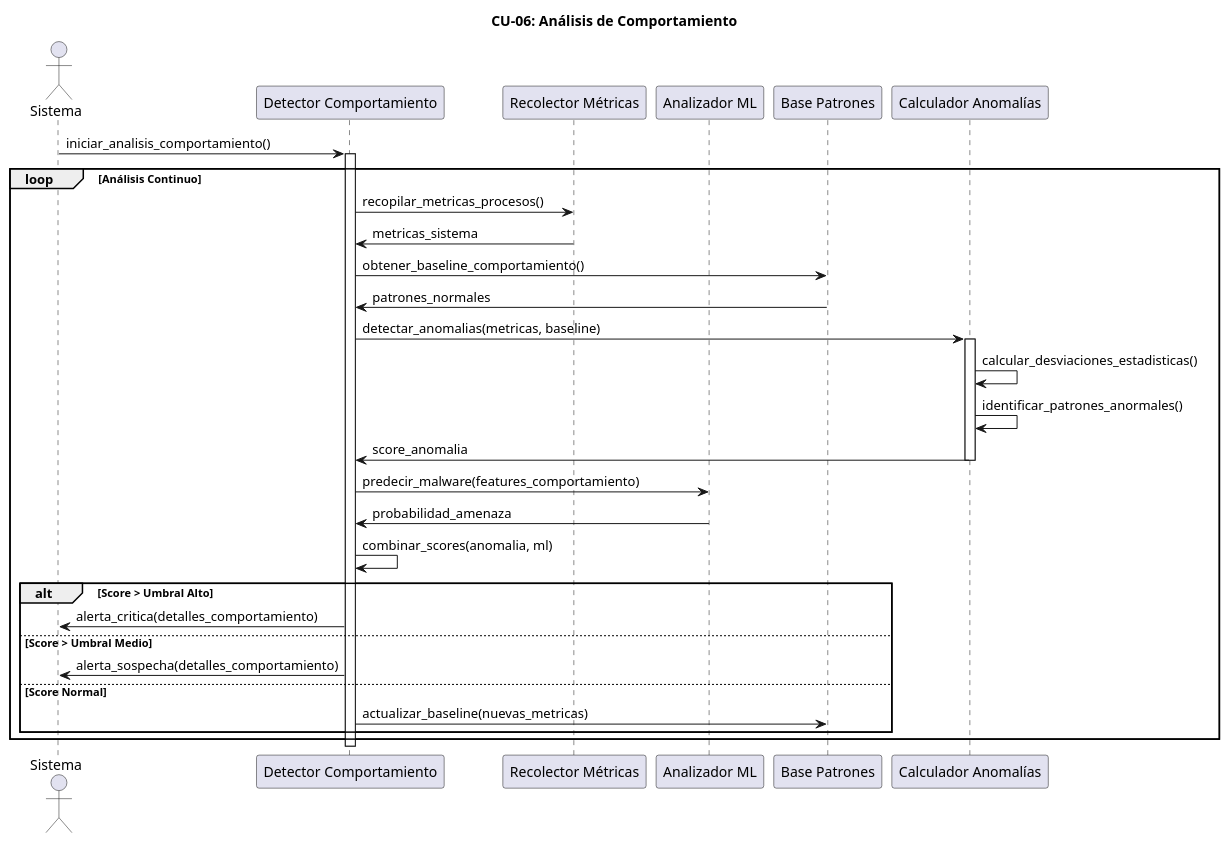
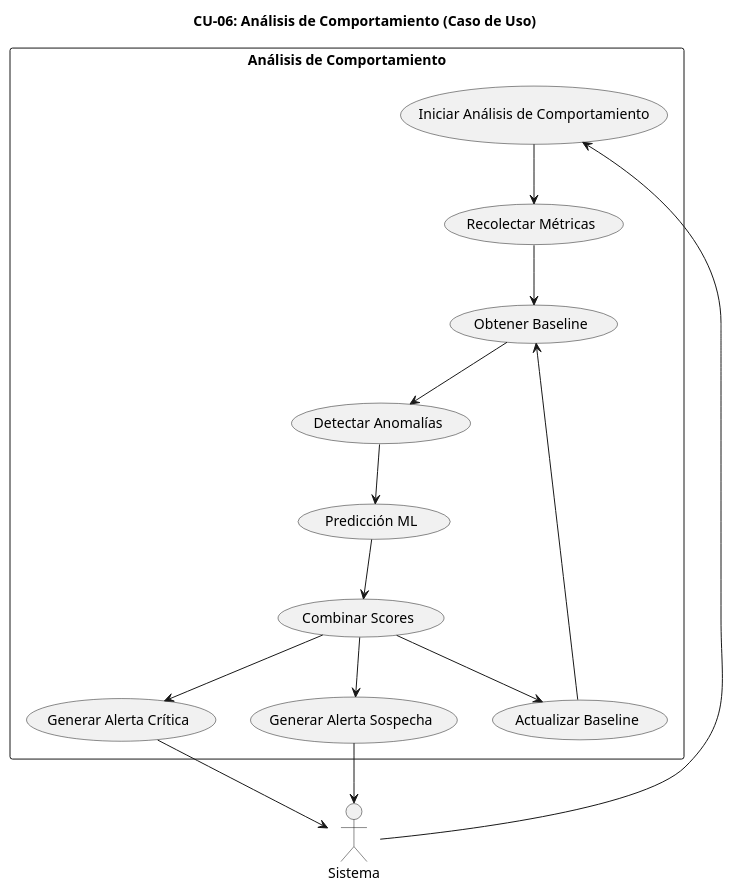
One commit to KrCrimson/ANTIVIRUS_CPP_PROFESSIONAL changed the seventh of 13 diagrams in UNIFIED_ANTIVIRUS/diagramas/casos_de_uso/diagramas_casos_uso.md. Above: the diagram before and after it, drawn with PlantUML. The commit also changed other lines of this file and 30 other files, not shown here.

Commit message:
diagramas y pruebas estaticas

````diff
--- a/UNIFIED_ANTIVIRUS/diagramas/casos_de_uso/diagramas_casos_uso.md
+++ b/UNIFIED_ANTIVIRUS/diagramas/casos_de_uso/diagramas_casos_uso.md
@@ -340,47 +274,33 @@
 ```plantuml
 @startuml cu06_analisis_comportamiento
-title CU-06: Análisis de Comportamiento
+title CU-06: Análisis de Comportamiento (Caso de Uso)
 
 actor "Sistema" as sistema
-participant "Detector Comportamiento" as detector
-participant "Recolector Métricas" as collector
-participant "Analizador ML" as ml
-participant "Base Patrones" as patterns
-participant "Calculador Anomalías" as anomaly
 
-sistema -> detector : iniciar_analisis_comportamiento()
-activate detector
+rectangle "Análisis de Comportamiento" {
+  (Iniciar Análisis de Comportamiento) as iniciar
+  (Recolectar Métricas) as recolectar
+  (Obtener Baseline) as baseline
+  (Detectar Anomalías) as anomalias
+  (Predicción ML) as pred_ml
+  (Combinar Scores) as combinar
+  (Generar Alerta Crítica) as alerta_critica
+  (Generar Alerta Sospecha) as alerta_sospecha
+  (Actualizar Baseline) as actualizar_baseline
+}
 
-loop Análisis Continuo
-    detector -> collector : recopilar_metricas_procesos()
-    collector -> detector : metricas_sistema
-    
-    detector -> patterns : obtener_baseline_comportamiento()
-    patterns -> detector : patrones_normales
-    
-    detector -> anomaly : detectar_anomalias(metricas, baseline)
-    activate anomaly
-    
-    anomaly -> anomaly : calcular_desviaciones_estadisticas()
-    anomaly -> anomaly : identificar_patrones_anormales()
-    anomaly -> detector : score_anomalia
-    
-    deactivate anomaly
-    
-    detector -> ml : predecir_malware(features_comportamiento)
-    ml -> detector : probabilidad_amenaza
-    
-    detector -> detector : combinar_scores(anomalia, ml)
-    
-    alt Score > Umbral Alto
-        detector -> sistema : alerta_critica(detalles_comportamiento)
-    else Score > Umbral Medio
-        detector -> sistema : alerta_sospecha(detalles_comportamiento)
-    else Score Normal
-        detector -> patterns : actualizar_baseline(nuevas_metricas)
-    end
-end
+sistema --> iniciar
+iniciar --> recolectar
+recolectar --> baseline
+baseline --> anomalias
+anomalias --> pred_ml
+pred_ml --> combinar
+combinar --> alerta_critica
+combinar --> alerta_sospecha
+combinar --> actualizar_baseline
+alerta_critica --> sistema
+alerta_sospecha --> sistema
+actualizar_baseline --> baseline
 
-deactivate detector
 @enduml
 ```
````
